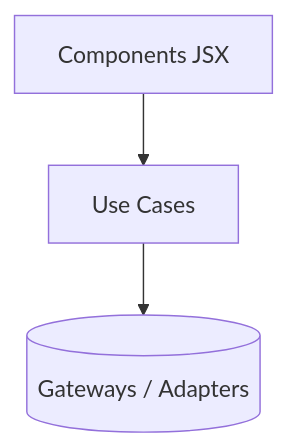
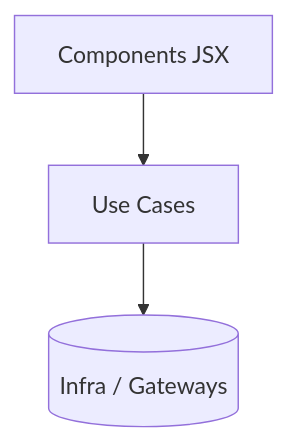
The fourth of 6 diagrams in Arquitetura.md (waltersernikovjr/estacionamento-uby), drawn with Mermaid before and after one commit. The commit also changed other lines of this file and 4 other files, not shown here.

````diff
--- a/Arquitetura.md
+++ b/Arquitetura.md
@@ -126,5 +163,5 @@
 ```mermaid
 flowchart TD
     A[Components JSX] --> B[Use Cases]
-    B --> C[(Gateways / Adapters)]
+    B --> C[(Infra / Gateways)]
 ```
````
